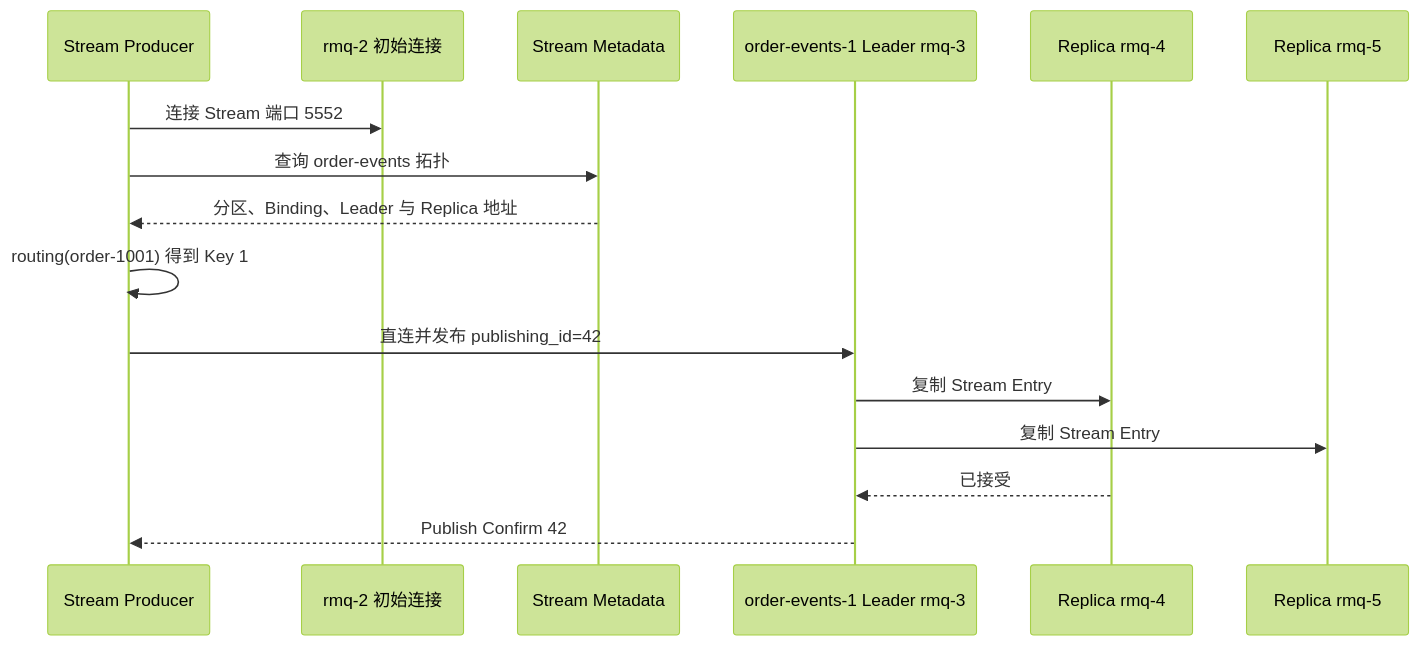
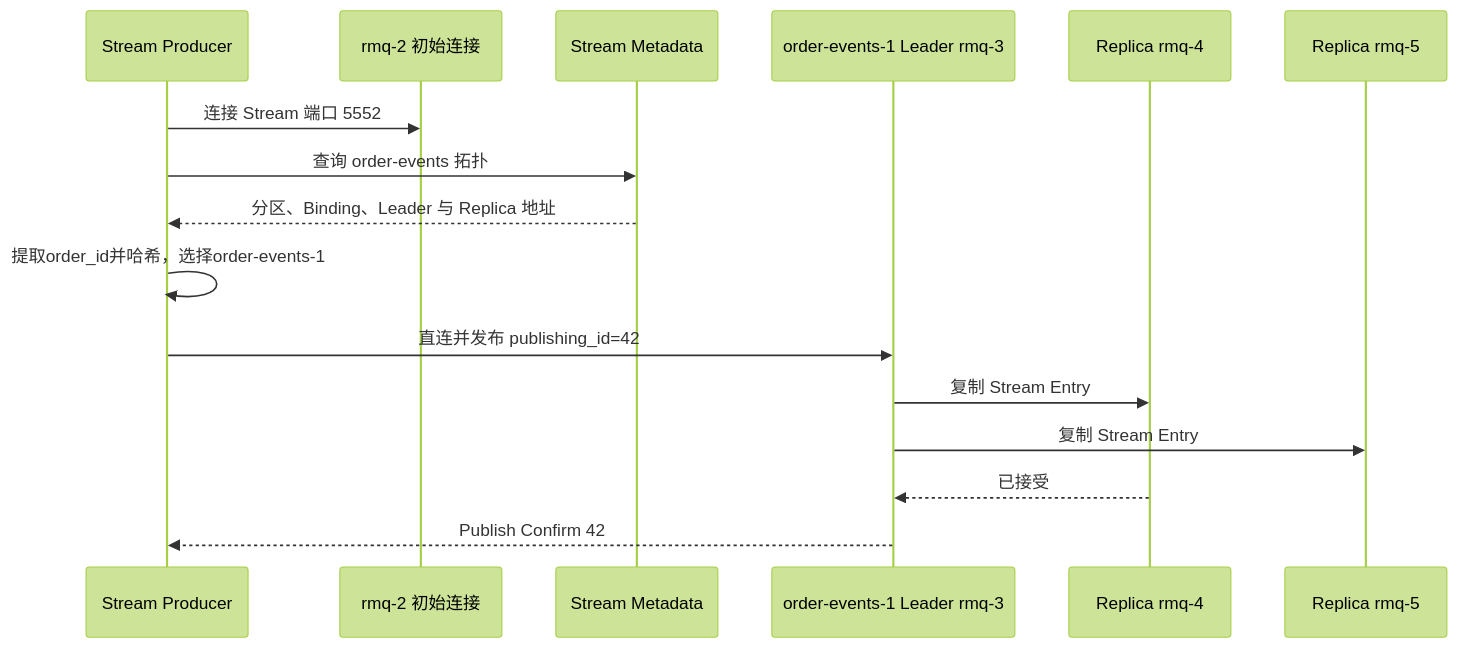
The fifth of 7 diagrams in posts/microservices/queue/021_rabbitmq.md (hotttao/backup), drawn with Mermaid (forest theme) before and after one commit. The commit also changed other lines of this file and 3 other files, not shown here.

````diff
--- a/posts/microservices/queue/021_rabbitmq.md
+++ b/posts/microservices/queue/021_rabbitmq.md
@@ -705,19 +758,19 @@
 ```mermaid
 sequenceDiagram
     participant P as Stream Producer
     participant N2 as rmq-2 初始连接
     participant M as Stream Metadata
     participant L as order-events-1 Leader rmq-3
     participant R4 as Replica rmq-4
     participant R5 as Replica rmq-5
 
     P->>N2: 连接 Stream 端口 5552
     P->>M: 查询 order-events 拓扑
     M-->>P: 分区、Binding、Leader 与 Replica 地址
-    P->>P: routing(order-1001) 得到 Key 1
+    P->>P: 提取order_id并哈希，选择order-events-1
     P->>L: 直连并发布 publishing_id=42
     L->>R4: 复制 Stream Entry
     L->>R5: 复制 Stream Entry
     R4-->>L: 已接受
     L-->>P: Publish Confirm 42
 ```
````
